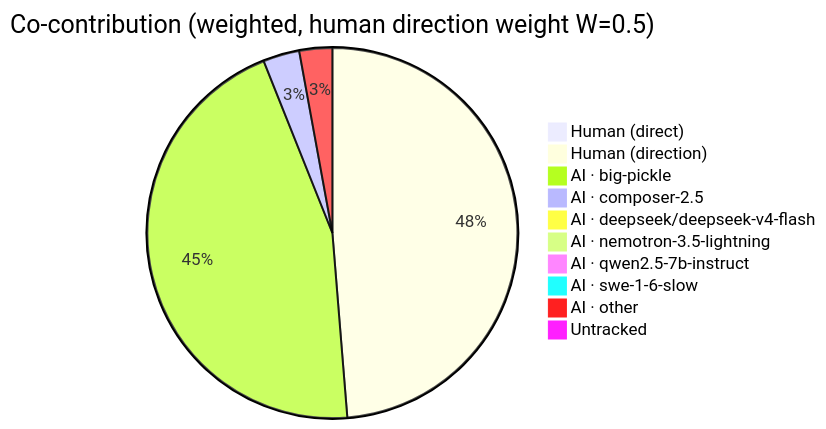
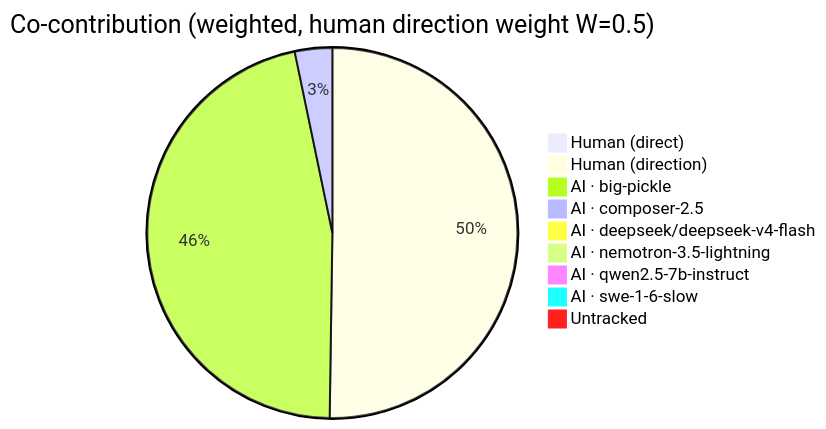
The first of 5 diagrams in AI-AUTHORSHIP.md (CaliMark/game-of-life), drawn with Mermaid before and after one commit. The commit also changed other lines of this file and 1 other file, not shown here.

````diff
--- a/AI-AUTHORSHIP.md
+++ b/AI-AUTHORSHIP.md
@@ -23,13 +23,12 @@
 ```mermaid
 pie title Co-contribution (weighted, human direction weight W=0.5)
     "Human (direct)" : 1
-    "Human (direction)" : 322
+    "Human (direction)" : 323
     "AI · big-pickle" : 299
     "AI · composer-2.5" : 21
     "AI · deepseek/deepseek-v4-flash" : 1
     "AI · nemotron-3.5-lightning" : 1
     "AI · qwen2.5-7b-instruct" : 1
     "AI · swe-1-6-slow" : 1
-    "AI · other" : 19
     "Untracked" : 0
 ```
````
